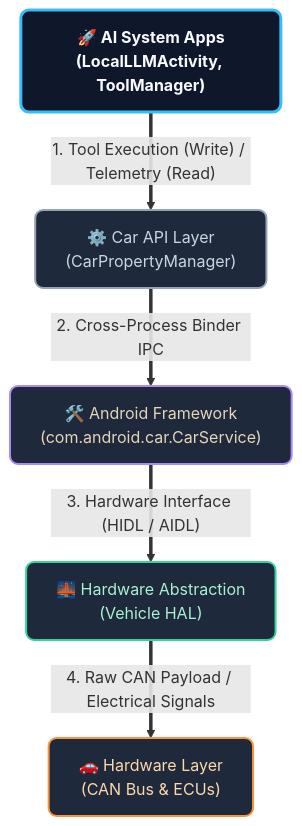
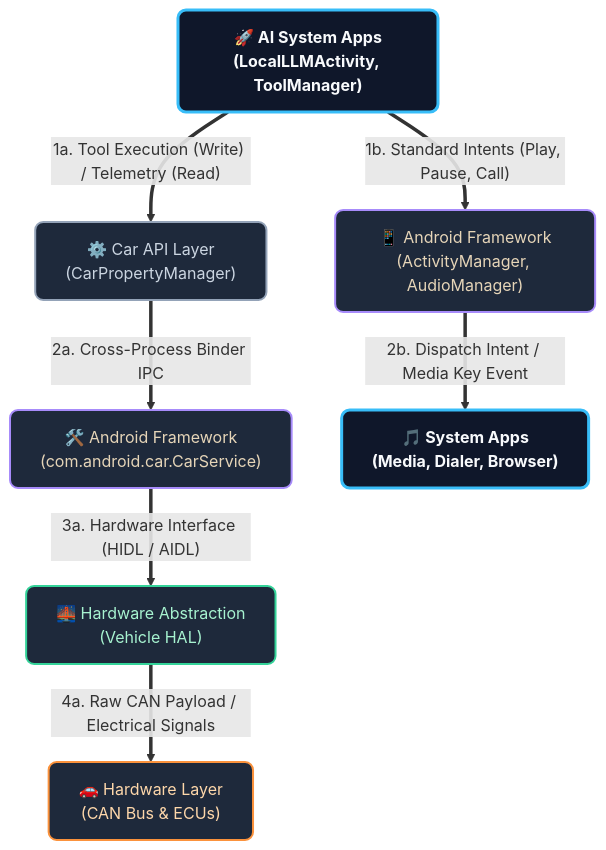
Before and after one commit to hemangpandhi/ai-assistant: the second of 4 diagrams in ARCHITECTURE.md, drawn with Mermaid. The commit also changed other lines of this file, not shown here.

Commit message:
docs: add standard intent media and telecom routing to architecture diagrams

````diff
--- a/ARCHITECTURE.md
+++ b/ARCHITECTURE.md
@@ -85,25 +92,32 @@
 ```mermaid
 flowchart TD
     %% Professional Styling
     classDef app fill:#0F172A,stroke:#38BDF8,stroke-width:3px,color:#F8FAFC,rx:8px,ry:8px,font-weight:bold;
     classDef api fill:#1E293B,stroke:#94A3B8,stroke-width:2px,color:#CBD5E1,rx:8px,ry:8px;
     classDef framework fill:#1E293B,stroke:#A78BFA,stroke-width:2px,color:#E6D5B8,rx:8px,ry:8px;
     classDef hal fill:#1E293B,stroke:#34D399,stroke-width:2px,color:#A7F3D0,rx:8px,ry:8px;
     classDef hw fill:#1E293B,stroke:#FB923C,stroke-width:2px,color:#FED7AA,rx:8px,ry:8px;
 
     APP_LLM["🚀 AI System Apps<br/>(LocalLLMActivity, ToolManager)"]:::app
     
     CPM["⚙️ Car API Layer<br/>(CarPropertyManager)"]:::api
     
     CS["🛠️ Android Framework<br/>(com.android.car.CarService)"]:::framework
     
+    AM["📱 Android Framework<br/>(ActivityManager, AudioManager)"]:::framework
+    
     VHAL["🌉 Hardware Abstraction<br/>(Vehicle HAL)"]:::hal
     
     CAN["🚗 Hardware Layer<br/>(CAN Bus & ECUs)"]:::hw
+    
+    SYSTEM_APPS["🎵 System Apps<br/>(Media, Dialer, Browser)"]:::app
 
     %% Data flow mapping
-    APP_LLM ==>|"1. Tool Execution (Write) / Telemetry (Read)"| CPM
-    CPM ==>|"2. Cross-Process Binder IPC"| CS
-    CS ==>|"3. Hardware Interface (HIDL / AIDL)"| VHAL
-    VHAL ==>|"4. Raw CAN Payload / Electrical Signals"| CAN
+    APP_LLM ==>|"1a. Tool Execution (Write) / Telemetry (Read)"| CPM
+    CPM ==>|"2a. Cross-Process Binder IPC"| CS
+    CS ==>|"3a. Hardware Interface (HIDL / AIDL)"| VHAL
+    VHAL ==>|"4a. Raw CAN Payload / Electrical Signals"| CAN
+    
+    APP_LLM ==>|"1b. Standard Intents (Play, Pause, Call)"| AM
+    AM ==>|"2b. Dispatch Intent / Media Key Event"| SYSTEM_APPS
 ```
````
